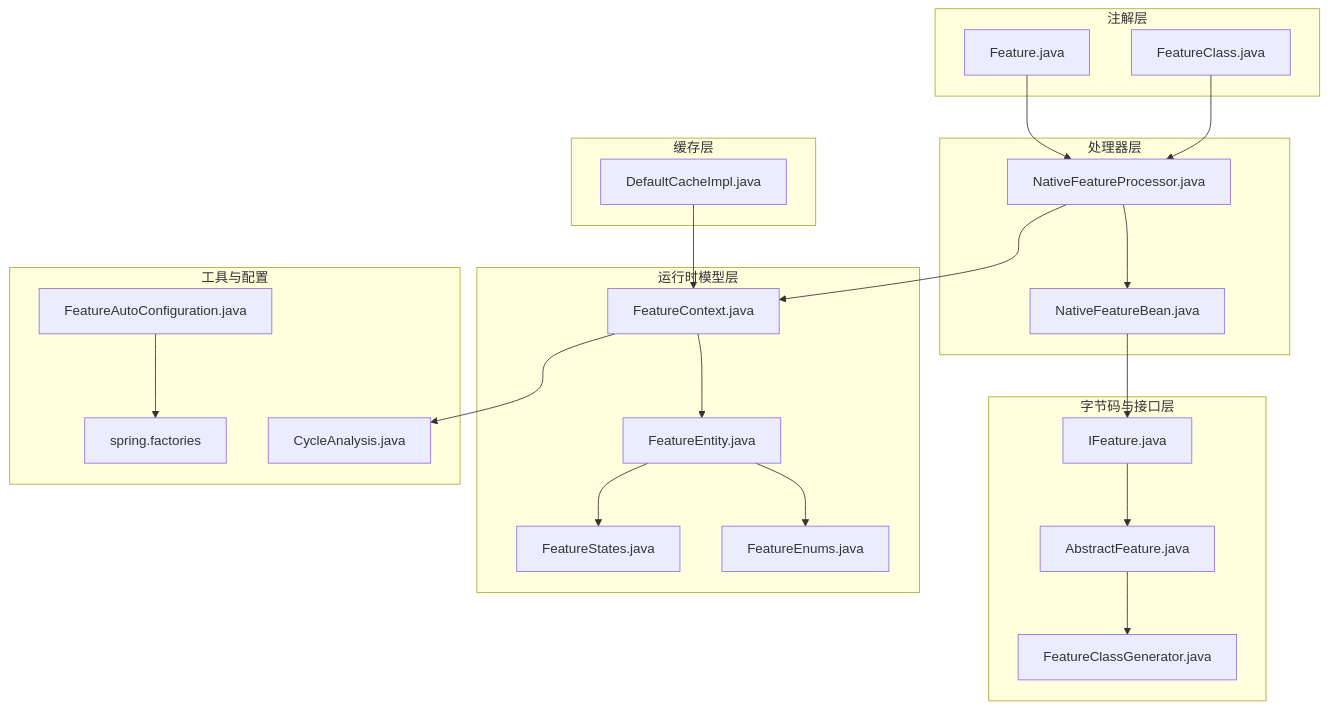
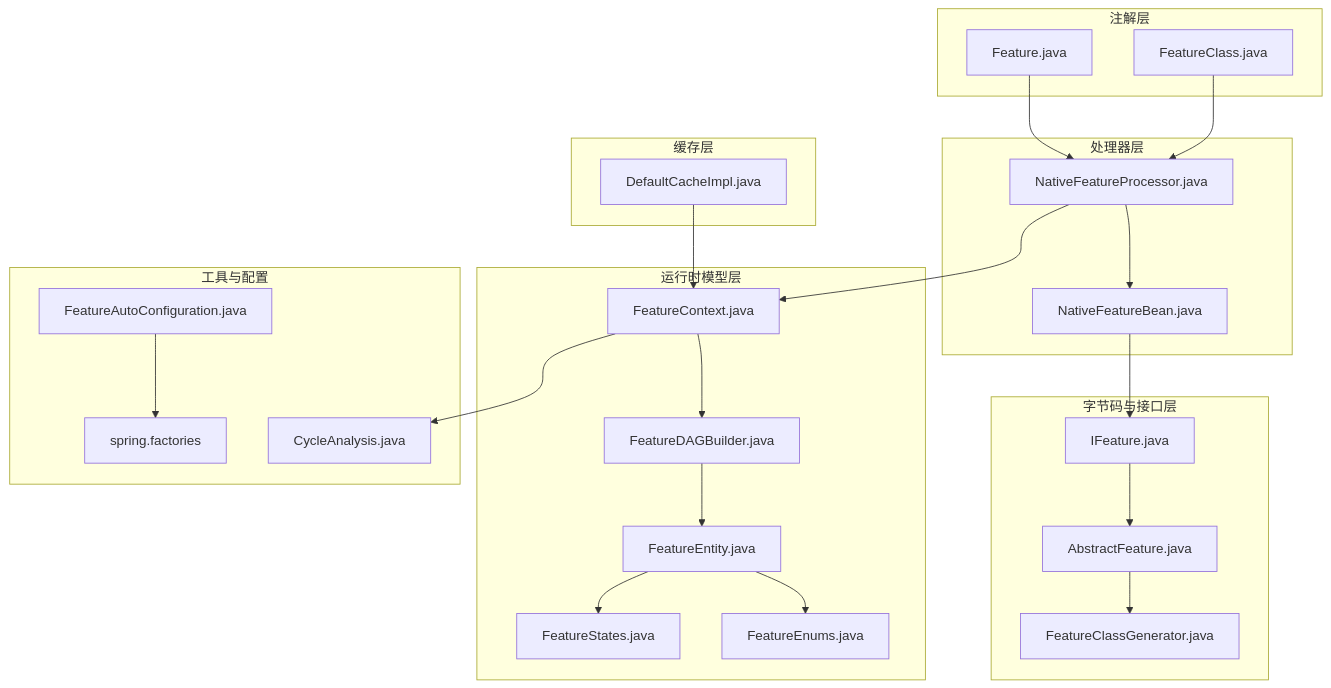
Before and after one commit to txzhanghuan/feature: the first of 10 diagrams in .qoder/repowiki/zh/content/核心架构.md, drawn with Mermaid. The commit also changed other lines of this file and 7 other files, not shown here.

````diff
--- a/.qoder/repowiki/zh/content/核心架构.md
+++ b/.qoder/repowiki/zh/content/核心架构.md
@@ -67,43 +68,45 @@
 ```mermaid
 graph TB
 subgraph "注解层"
 A1["Feature.java"]
 A2["FeatureClass.java"]
 end
 subgraph "字节码与接口层"
 C1["IFeature.java"]
 C2["AbstractFeature.java"]
 C3["FeatureClassGenerator.java"]
 end
 subgraph "运行时模型层"
 R1["FeatureContext.java"]
 R2["FeatureEntity.java"]
 R3["FeatureEnums.java"]
 R4["FeatureStates.java"]
+R5["FeatureDAGBuilder.java"]
 end
 subgraph "处理器层"
 P1["NativeFeatureProcessor.java"]
 P2["NativeFeatureBean.java"]
 end
 subgraph "工具与配置"
 T1["CycleAnalysis.java"]
 F1["FeatureAutoConfiguration.java"]
 S1["spring.factories"]
 end
 subgraph "缓存层"
 CA1["DefaultCacheImpl.java"]
 end
 A1 --> P1
 A2 --> P1
 P1 --> P2
 P2 --> C1
 C1 --> C2
 C2 --> C3
 P1 --> R1
-R1 --> R2
+R1 --> R5
+R5 --> R2
 R2 --> R3
 R2 --> R4
 R1 --> T1
 F1 --> S1
 CA1 --> R1
 ```
````
